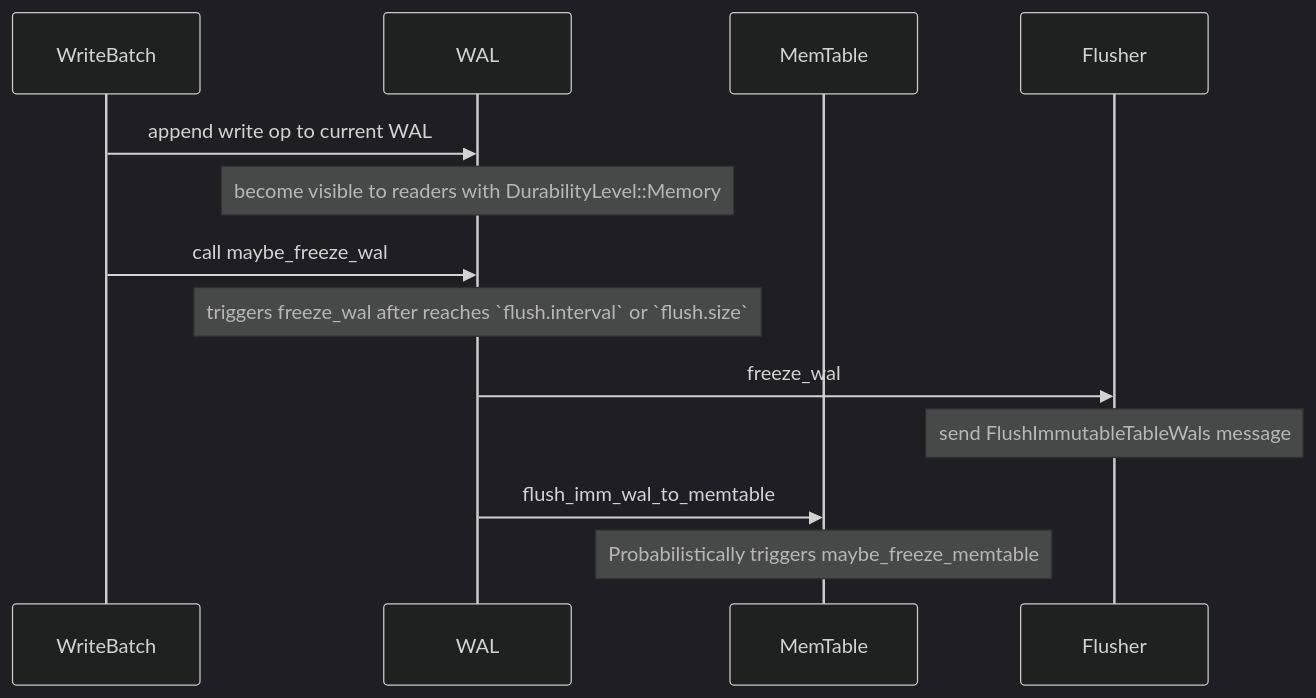
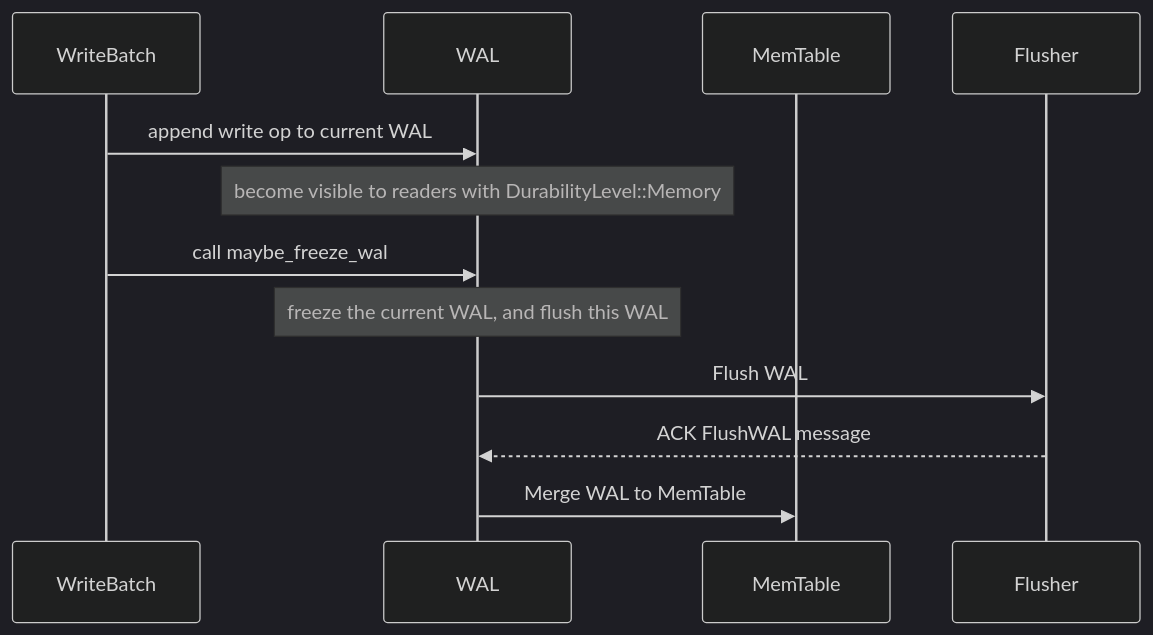
One commit to slatedb/slatedb changed the second of 4 diagrams in rfcs/0007-synchronous-commit.md. Above: the diagram before and after it, drawn with Mermaid (dark theme). The commit also changed other lines of this file, not shown here.

Commit message:
add implementation about no wal

````diff
--- a/rfcs/0007-synchronous-commit.md
+++ b/rfcs/0007-synchronous-commit.md
@@ -306,16 +307,15 @@
 ```mermaid
 sequenceDiagram
     participant WriteBatch
     participant WAL
     participant MemTable
     participant Flusher
 
     WriteBatch->>WAL: append write op to current WAL
     Note over WAL: become visible to readers with DurabilityLevel::Memory
     WriteBatch->>WAL: call maybe_freeze_wal
-    Note over WAL: triggers freeze_wal after reaches `flush.interval` or `flush.size`
-    WAL->>Flusher: freeze_wal
-    Note over Flusher: send FlushImmutableTableWals message
-    WAL->>MemTable: flush_imm_wal_to_memtable
-    Note over MemTable: Probabilistically triggers maybe_freeze_memtable
+    Note over WAL: freeze the current WAL, and flush this WAL
+    WAL->>Flusher: Flush WAL
+    Flusher-->>WAL: ACK FlushWAL message
+    WAL->>MemTable: Merge WAL to MemTable
 ```
````
